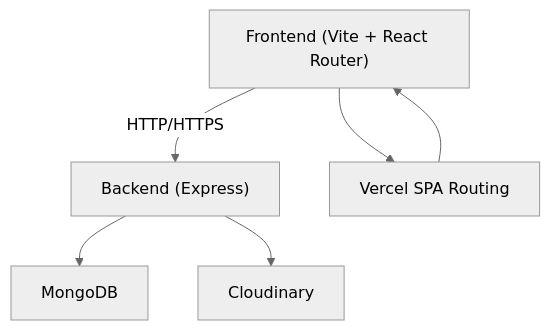
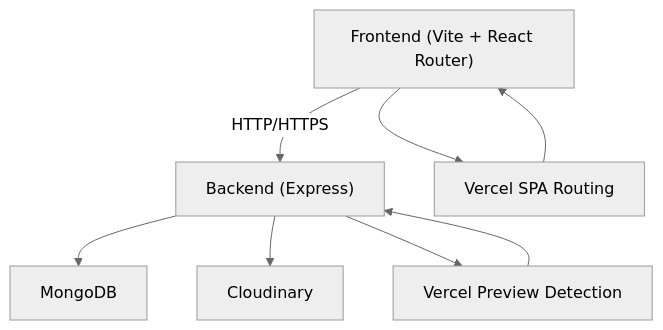
Before and after one commit to Pavan-PSPK9032/TrendsandToss: the second of 5 diagrams in .qoder/repowiki/en/content/Deployment & Configuration/Deployment & Configuration.md, drawn with Mermaid (neutral theme). The commit also changed other lines of this file and 16 other files, not shown here.

````diff
--- a/.qoder/repowiki/en/content/Deployment & Configuration/Deployment & Configuration.md
+++ b/.qoder/repowiki/en/content/Deployment & Configuration/Deployment & Configuration.md
@@ -129,13 +130,16 @@
 ```mermaid
 graph TB
 FE["Frontend (Vite + React Router)"]
 API["Backend (Express)"]
 DB["MongoDB"]
 CDN["Cloudinary"]
 VERCEL["Vercel SPA Routing"]
+PREVIEW["Vercel Preview Detection"]
 FE --> |HTTP/HTTPS| API
 API --> DB
 API --> CDN
 FE --> VERCEL
 VERCEL --> FE
+API --> PREVIEW
+PREVIEW --> API
 ```
````
